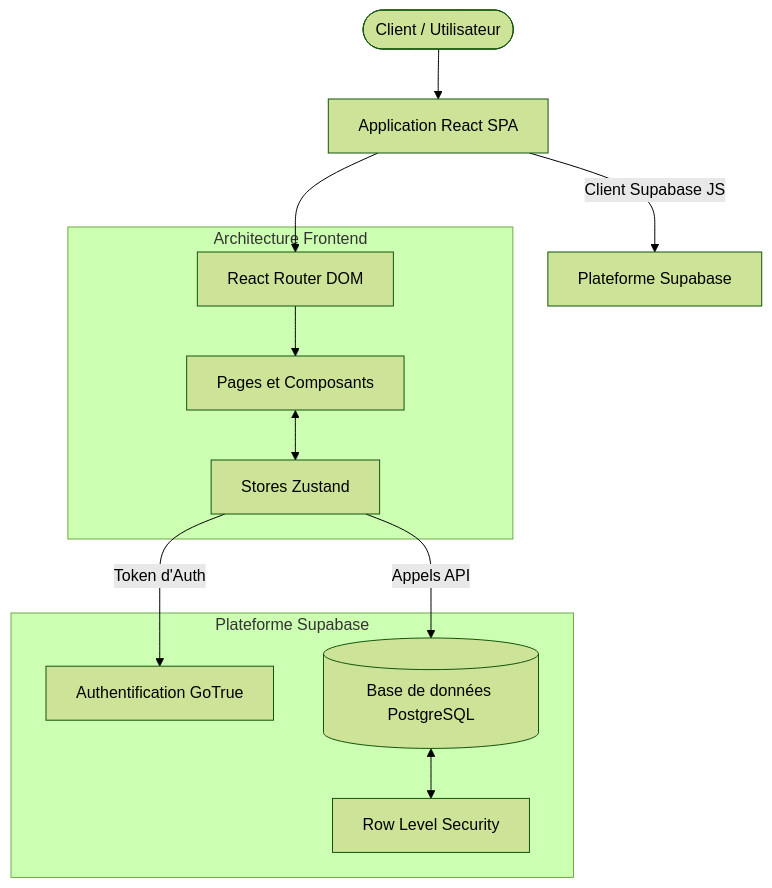
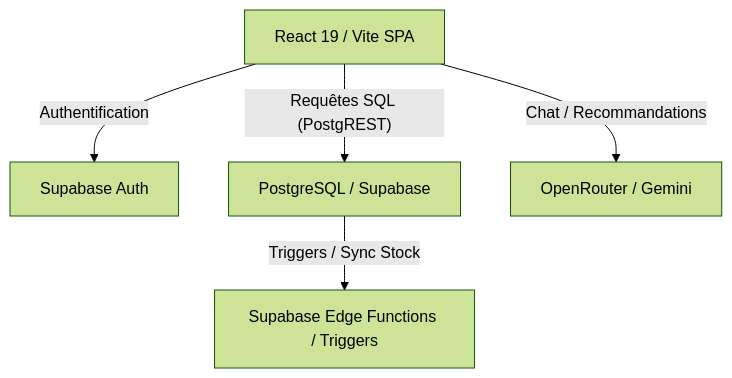
Before and after one commit to moonback/Green-Mood-project: the diagram in ARCHITECTURE.md, drawn with Mermaid (forest theme). The commit also changed other lines of this file and 6 other files, not shown here.

Commit message:
docs: Comprehensively update project documentation, including architecture, contributing guidelines, and API details.

````diff
--- a/ARCHITECTURE.md
+++ b/ARCHITECTURE.md
@@ -7,25 +10,13 @@
 ```mermaid
 graph TD
-    User([Client / Utilisateur]) --> App[Application React SPA]
-    App -- Client Supabase JS --> Supabase[Plateforme Supabase]
+    Client[React 19 / Vite SPA]
+    Auth[Supabase Auth]
+    DB[PostgreSQL / Supabase]
+    Logic[Supabase Edge Functions / Triggers]
+    AI[OpenRouter / Gemini]
     
-    subgraph Plateforme Supabase
-        Auth[Authentification GoTrue]
-        DB[(Base de données PostgreSQL)]
-        RLS[Row Level Security]
-    end
-    
-    subgraph Architecture Frontend
-        Router[React Router DOM]
-        Store[Stores Zustand]
-        Views[Pages et Composants]
-    end
-
-    App --> Router
-    Router --> Views
-    Views <--> Store
-
-    Store -- Token d'Auth --> Auth
-    Store -- Appels API --> DB
-    DB <--> RLS
+    Client -- "Authentification" --> Auth
+    Client -- "Requêtes SQL (PostgREST)" --> DB
+    Client -- "Chat / Recommandations" --> AI
+    DB -- "Triggers / Sync Stock" --> Logic
 ```
````
